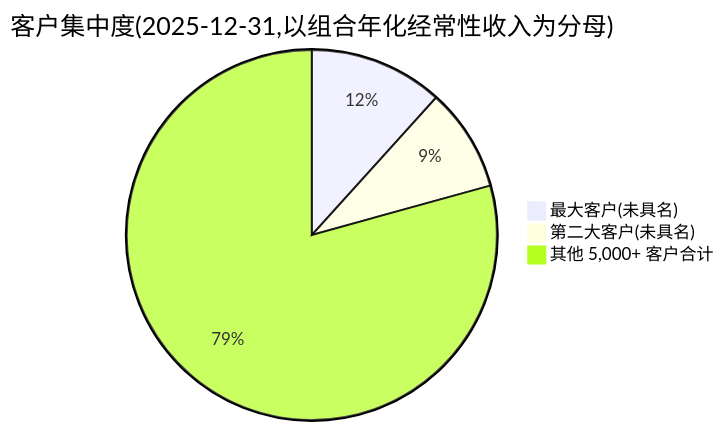
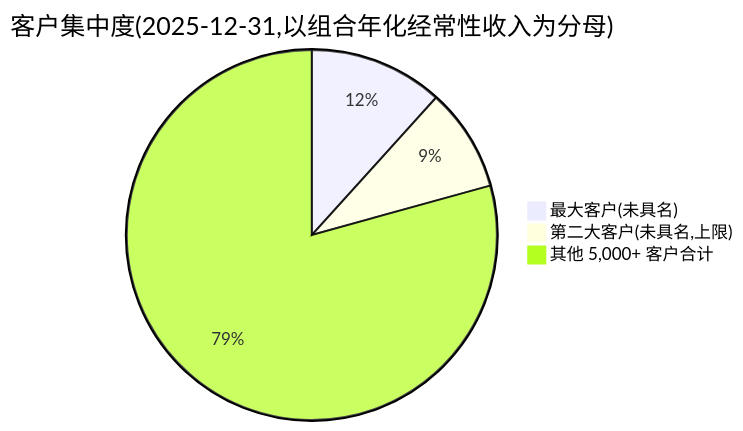
The fifth of 7 diagrams in reports/company/DigitalRealty_NYSE_DLR/DigitalRealty_NYSE_DLR_公司研究.md (dadachundan/financial_agent), drawn with Mermaid before and after one commit. The commit also changed other lines of this file and 9 other files, not shown here.

````diff
--- a/reports/company/DigitalRealty_NYSE_DLR/DigitalRealty_NYSE_DLR_公司研究.md
+++ b/reports/company/DigitalRealty_NYSE_DLR/DigitalRealty_NYSE_DLR_公司研究.md
@@ -216,6 +761,6 @@
 ```mermaid
 pie title 客户集中度(2025-12-31,以组合年化经常性收入为分母)
     "最大客户(未具名)" : 11.7
-    "第二大客户(未具名)" : 9.0
+    "第二大客户(未具名,上限)" : 9.0
     "其他 5,000+ 客户合计" : 79.3
 ```
````
